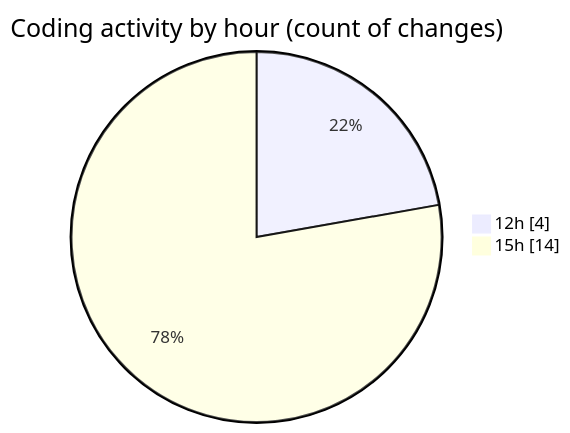
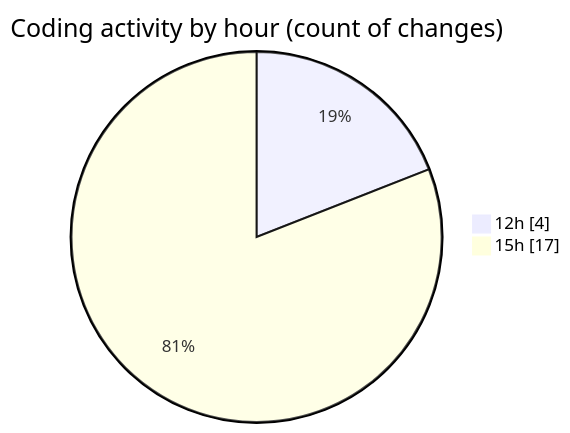
One commit to nxtqubesakshisongat/code-tracking changed the second of 2 diagrams in 2026-04-19/airfeed-analytics-dashboard/README.md. Above: the diagram before and after it, drawn with Mermaid. The commit also changed other lines of this file and 1 other file, not shown here.

````diff
--- a/2026-04-19/airfeed-analytics-dashboard/README.md
+++ b/2026-04-19/airfeed-analytics-dashboard/README.md
@@ -29,6 +29,6 @@
 ```mermaid
 pie showData
 title Coding activity by hour (count of changes)
 "12h" : 4
-"15h" : 14
+"15h" : 17
 ```
````
